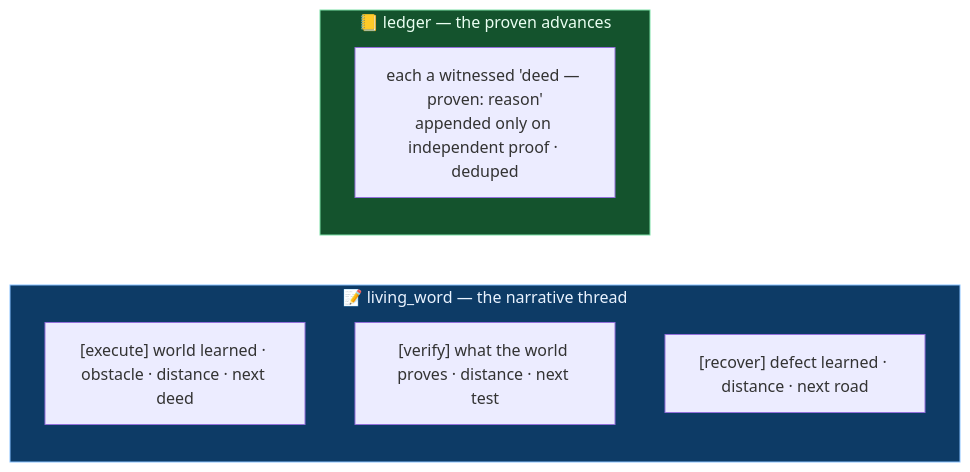
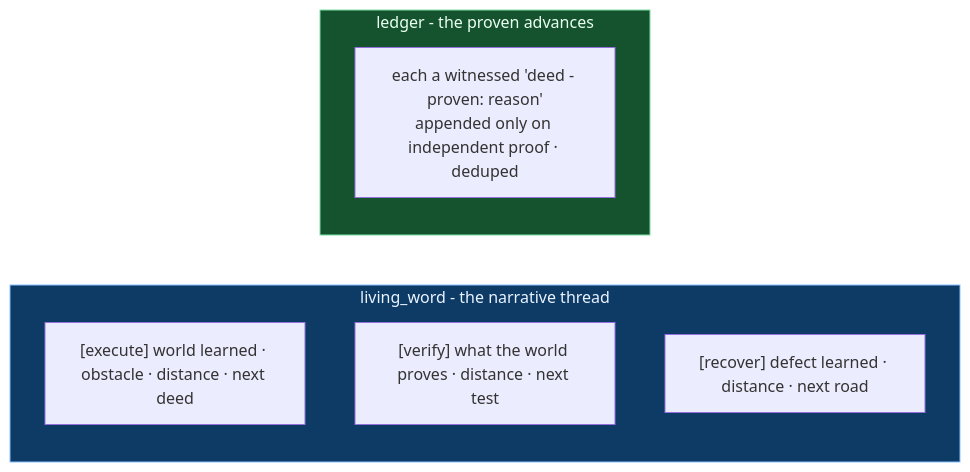
The tenth of 17 diagrams in README.md (wgabrys88/endgame-ai), drawn with Mermaid before and after one commit. The commit also changed other lines of this file, not shown here.

````diff
--- a/README.md
+++ b/README.md
@@ -369,14 +369,14 @@
 ```mermaid
 flowchart LR
-    subgraph LW["📝 living_word — the narrative thread"]
+    subgraph LW["living_word - the narrative thread"]
         direction TB
         L1["[execute] world learned · obstacle · distance · next deed"]
         L2["[verify] what the world proves · distance · next test"]
         L3["[recover] defect learned · distance · next road"]
     end
-    subgraph LED["📒 ledger — the proven advances"]
-        LE["each a witnessed 'deed — proven: reason'<br/>appended only on independent proof · deduped"]
+    subgraph LED["ledger - the proven advances"]
+        LE["each a witnessed 'deed - proven: reason'<br/>appended only on independent proof · deduped"]
     end
     style LW fill:#0d3b66,stroke:#87c1ff,color:#eaf3ff
     style LED fill:#14532d,stroke:#7be0a6,color:#eafff2
 ```
````
